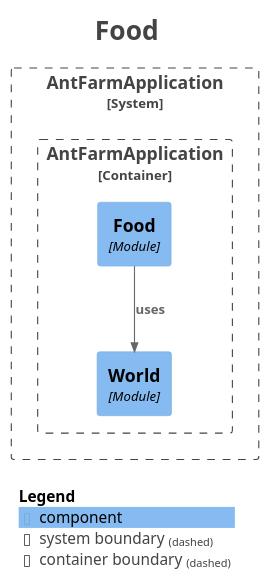
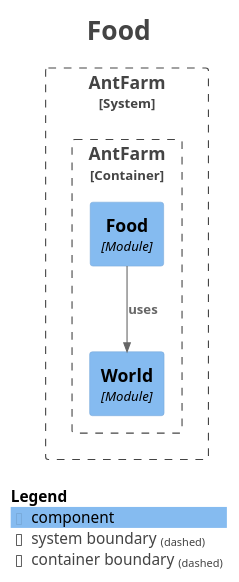
The diagram in src/main/resources/static/docs/module-food.puml (BlockCat/ddd-ants), drawn with PlantUML before and after one commit. The commit also changed 47 other files, not shown here.

First line of the commit message:
Refactor AntFarm application structure and enhance documentation

```diff
--- a/src/main/resources/static/docs/module-food.puml
+++ b/src/main/resources/static/docs/module-food.puml
@@ -1,30 +1,30 @@
 @startuml
 title <size:24>Food</size>
 
 set separator none
 top to bottom direction
 
 <style>
   root {
     BackgroundColor: #ffffff
     FontColor: #444444
   }
 </style>
 
 !include <C4/C4>
 !include <C4/C4_Context>
 !include <C4/C4_Component>
 
-System_Boundary("AntFarmApplication_boundary", "AntFarmApplication", $tags="") {
-  Container_Boundary("AntFarmApplication.AntFarmApplication_boundary", "AntFarmApplication", $tags="") {
-    Component(AntFarmApplication.AntFarmApplication.World, "World", $techn="Module", $descr="", $tags="", $link="")
-    Component(AntFarmApplication.AntFarmApplication.Food, "Food", $techn="Module", $descr="", $tags="", $link="")
+System_Boundary("AntFarm_boundary", "AntFarm", $tags="") {
+  Container_Boundary("AntFarm.AntFarm_boundary", "AntFarm", $tags="") {
+    Component(AntFarm.AntFarm.World, "World", $techn="Module", $descr="", $tags="", $link="")
+    Component(AntFarm.AntFarm.Food, "Food", $techn="Module", $descr="", $tags="", $link="")
   }
 
 }
 
-Rel(AntFarmApplication.AntFarmApplication.Food, AntFarmApplication.AntFarmApplication.World, "uses", $techn="", $tags="", $link="")
+Rel(AntFarm.AntFarm.Food, AntFarm.AntFarm.World, "uses", $techn="", $tags="", $link="")
 
 SHOW_LEGEND(true)
 hide stereotypes
 @enduml
```
